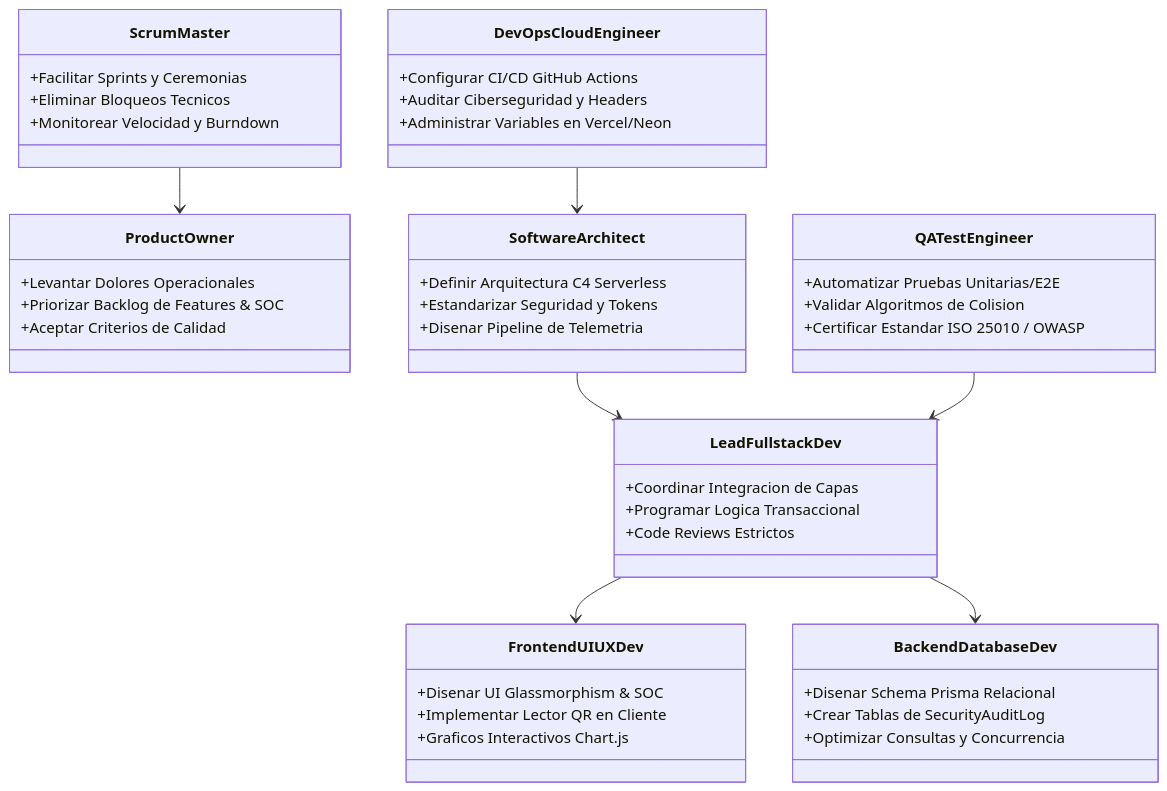
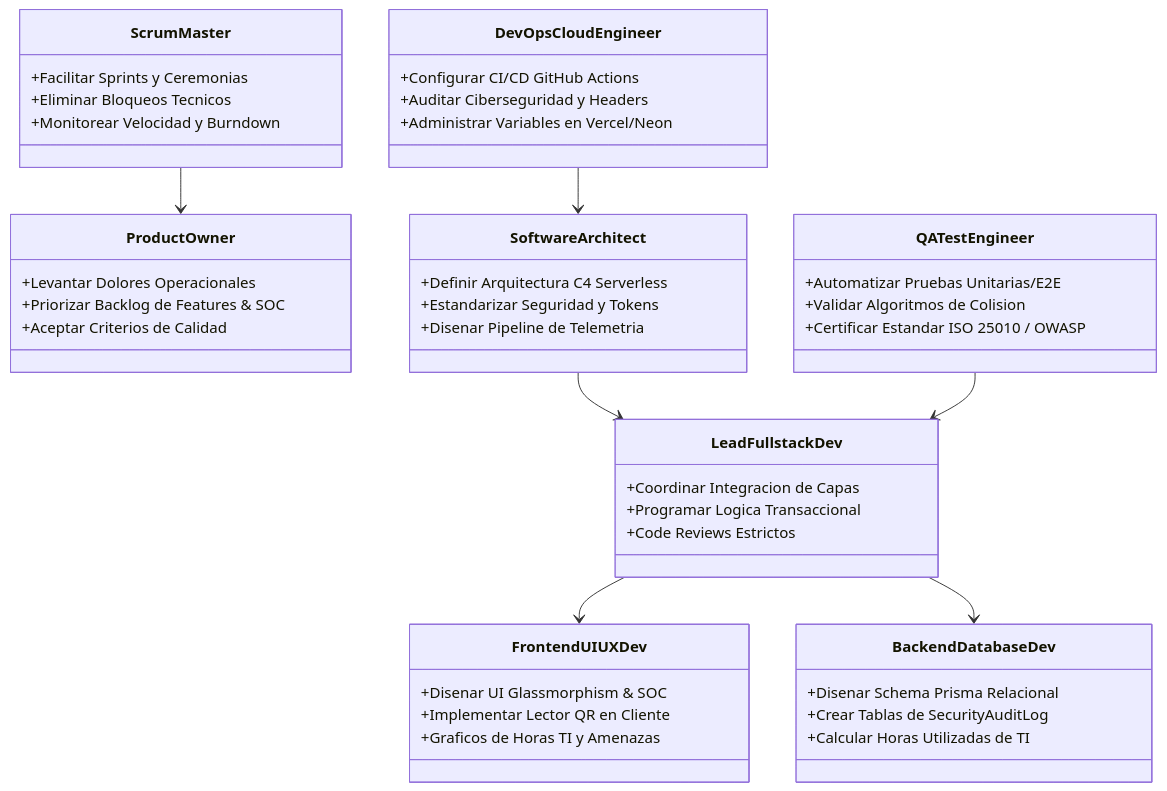
Before and after one commit to IMANDOI/sistema-gestion-auditorios-capstone: the fifth of 12 diagrams in informe_fase_1_definicion_proyecto.md, drawn with Mermaid. The commit also changed other lines of this file, not shown here.

Commit message:
docs(fase1): precision metrica de horas hombre utilizadas de TI (informe_fase_1_definicion_proyecto.md)

````diff
--- a/informe_fase_1_definicion_proyecto.md
+++ b/informe_fase_1_definicion_proyecto.md
@@ -209,50 +209,50 @@
 ```mermaid
 classDiagram
     class ProductOwner {
         +Levantar Dolores Operacionales
         +Priorizar Backlog de Features & SOC
         +Aceptar Criterios de Calidad
     }
     class ScrumMaster {
         +Facilitar Sprints y Ceremonias
         +Eliminar Bloqueos Tecnicos
         +Monitorear Velocidad y Burndown
     }
     class SoftwareArchitect {
         +Definir Arquitectura C4 Serverless
         +Estandarizar Seguridad y Tokens
         +Disenar Pipeline de Telemetria
     }
     class LeadFullstackDev {
         +Coordinar Integracion de Capas
         +Programar Logica Transaccional
         +Code Reviews Estrictos
     }
     class FrontendUIUXDev {
         +Disenar UI Glassmorphism & SOC
         +Implementar Lector QR en Cliente
-        +Graficos Interactivos Chart.js
+        +Graficos de Horas TI y Amenazas
     }
     class BackendDatabaseDev {
         +Disenar Schema Prisma Relacional
         +Crear Tablas de SecurityAuditLog
-        +Optimizar Consultas y Concurrencia
+        +Calcular Horas Utilizadas de TI
     }
     class QATestEngineer {
         +Automatizar Pruebas Unitarias/E2E
         +Validar Algoritmos de Colision
         +Certificar Estandar ISO 25010 / OWASP
     }
     class DevOpsCloudEngineer {
         +Configurar CI/CD GitHub Actions
         +Auditar Ciberseguridad y Headers
         +Administrar Variables en Vercel/Neon
     }
 
     ScrumMaster --> ProductOwner
     SoftwareArchitect --> LeadFullstackDev
     LeadFullstackDev --> FrontendUIUXDev
     LeadFullstackDev --> BackendDatabaseDev
     QATestEngineer --> LeadFullstackDev
     DevOpsCloudEngineer --> SoftwareArchitect
 ```
````
